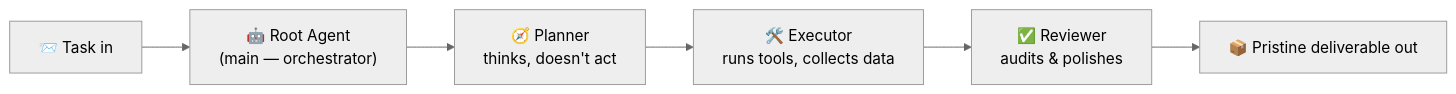
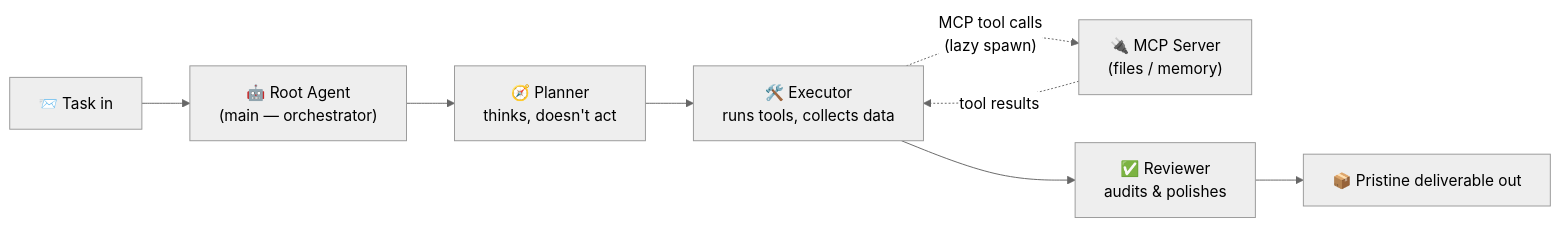
The fourth of 4 diagrams in README.md (giacchetta/openclaw-a2a-bridge), drawn with Mermaid (neutral theme) before and after one commit. The commit also changed other lines of this file, not shown here.

First line of the commit message:
docs(#12): show MCP servers per agent in README Mermaid diagrams

````diff
--- a/README.md
+++ b/README.md
@@ -94,8 +109,10 @@
 ```mermaid
 flowchart LR
     IN["📨 Task in"] --> MAIN["🤖 Root Agent<br/>(main — orchestrator)"]
     MAIN --> P["🧭 Planner<br/>thinks, doesn't act"]
     P --> E["🛠️ Executor<br/>runs tools, collects data"]
+    E -. "MCP tool calls<br/>(lazy spawn)" .-> MCP["🔌 MCP Server<br/>(files / memory)"]
+    MCP -. "tool results" .-> E
     E --> R["✅ Reviewer<br/>audits & polishes"]
     R --> OUT["📦 Pristine deliverable out"]
 ```
````
